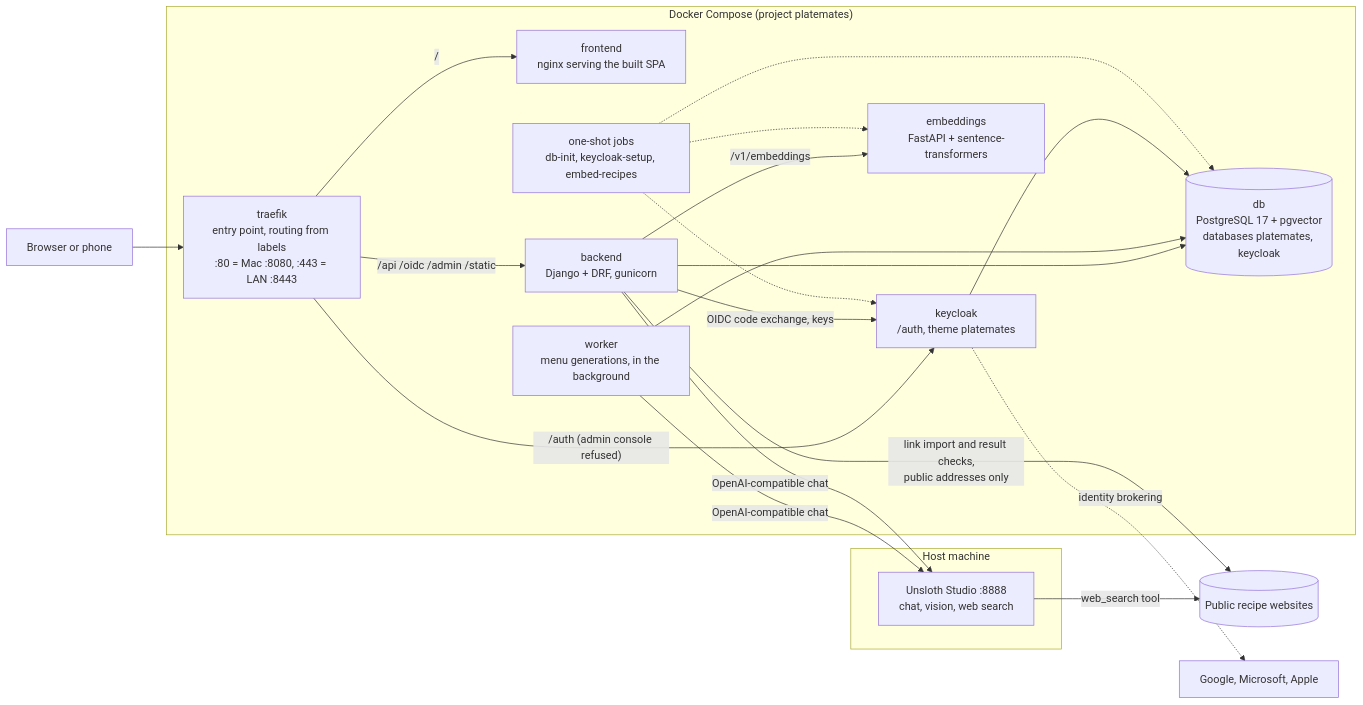
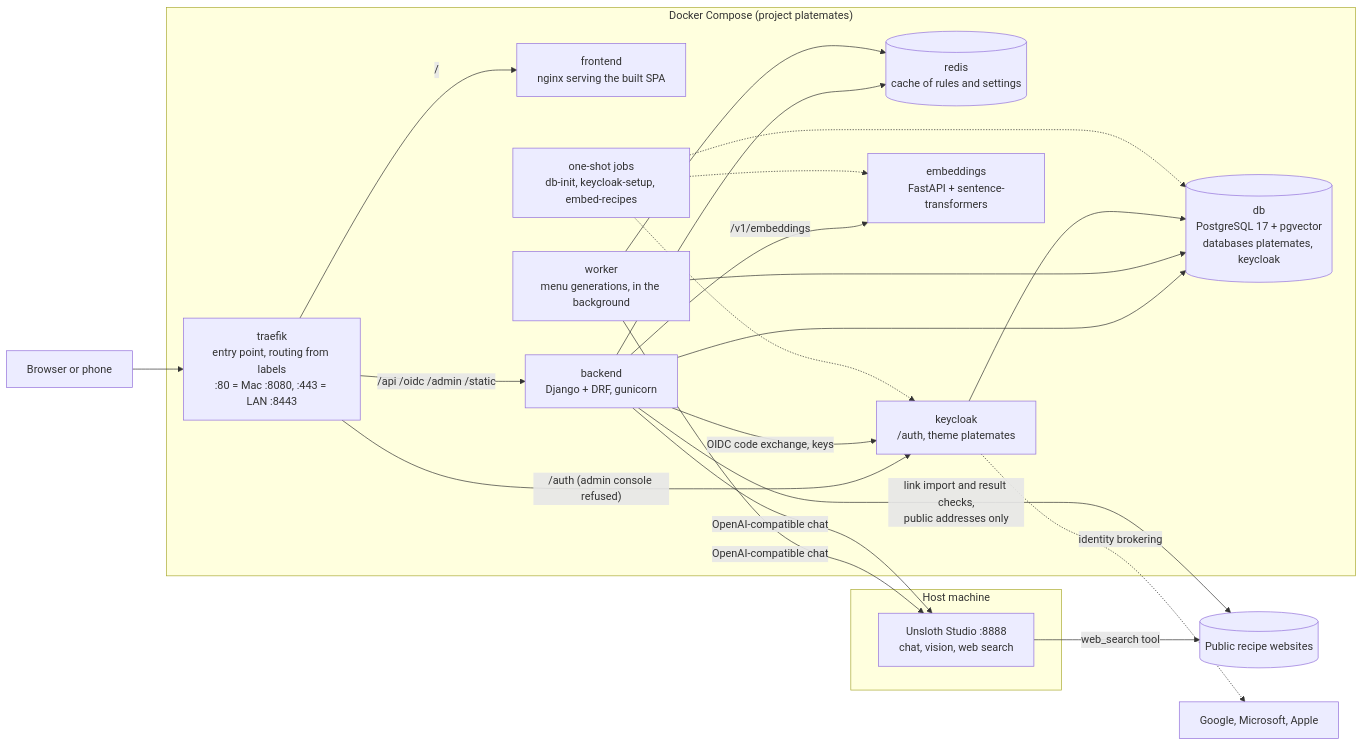
One commit to PaoloneM/platemates changed the first of 3 diagrams in docs/architecture.md. Above: the diagram before and after it, drawn with Mermaid. The commit also changed other lines of this file and 23 other files, not shown here.

First line of the commit message:
Cache rules and settings in memory and Redis

````diff
--- a/docs/architecture.md
+++ b/docs/architecture.md
@@ -8,40 +8,43 @@
 ```mermaid
 flowchart LR
     user["Browser or phone"]
 
     subgraph compose["Docker Compose (project platemates)"]
         traefik["traefik<br/>entry point, routing from labels<br/>:80 = Mac :8080, :443 = LAN :8443"]
         spa["frontend<br/>nginx serving the built SPA"]
         backend["backend<br/>Django + DRF, gunicorn"]
         worker["worker<br/>menu generations, in the background"]
+        redis[("redis<br/>cache of rules and settings")]
         keycloak["keycloak<br/>/auth, theme platemates"]
         db[("db<br/>PostgreSQL 17 + pgvector<br/>databases platemates, keycloak")]
         embeddings["embeddings<br/>FastAPI + sentence-transformers"]
         jobs["one-shot jobs<br/>db-init, keycloak-setup, embed-recipes"]
     end
 
     subgraph host["Host machine"]
         studio["Unsloth Studio :8888<br/>chat, vision, web search"]
     end
 
     web[("Public recipe websites")]
     idp["Google, Microsoft, Apple"]
 
     user --> traefik
     traefik -- "/" --> spa
     traefik -- "/api /oidc /admin /static" --> backend
     traefik -- "/auth (admin console refused)" --> keycloak
     backend -- "OIDC code exchange, keys" --> keycloak
     backend --> db
     worker --> db
+    backend --> redis
+    worker --> redis
     worker -- "OpenAI-compatible chat" --> studio
     keycloak --> db
     backend -- "OpenAI-compatible chat" --> studio
     backend -- "/v1/embeddings" --> embeddings
     backend -- "link import and result checks,<br/>public addresses only" --> web
     studio -- "web_search tool" --> web
     keycloak -. "identity brokering" .-> idp
     jobs -.-> db
     jobs -.-> keycloak
     jobs -.-> embeddings
 ```
````
